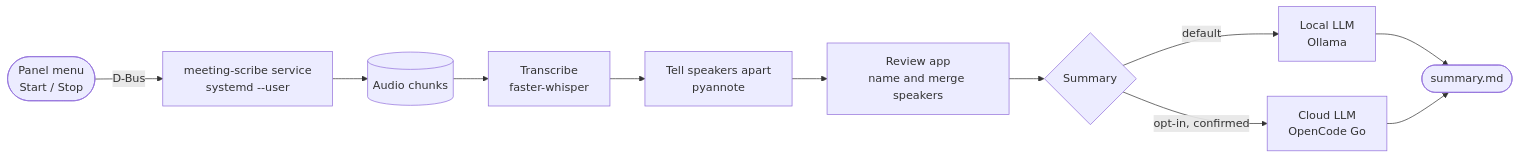
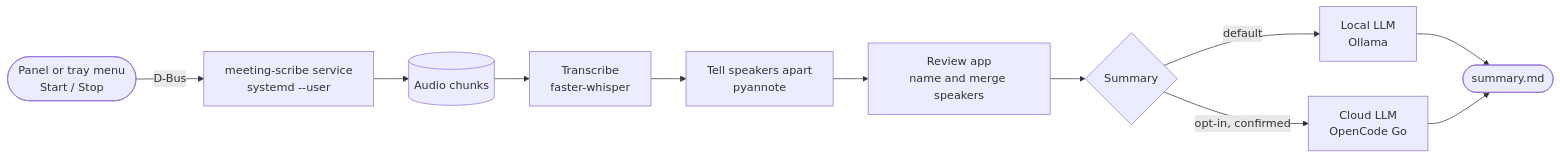
The diagram in README.md (CorsairRom/meeting-scribe), drawn with Mermaid before and after one commit. The commit also changed other lines of this file and 9 other files, not shown here.

Commit message:
docs(tray): add the tray runbook and document the tray in the architecture (#158)

````diff
--- a/README.md
+++ b/README.md
@@ -43,13 +44,13 @@
 ```mermaid
 flowchart LR
-    A([Panel menu<br/>Start / Stop]) -->|D-Bus| B[meeting-scribe service<br/>systemd --user]
+    A([Panel or tray menu<br/>Start / Stop]) -->|D-Bus| B[meeting-scribe service<br/>systemd --user]
     B --> C[(Audio chunks)]
     C --> D[Transcribe<br/>faster-whisper]
     D --> E[Tell speakers apart<br/>pyannote]
     E --> F[Review app<br/>name and merge speakers]
     F --> G{Summary}
     G -->|default| H[Local LLM<br/>Ollama]
     G -->|opt-in, confirmed| I[Cloud LLM<br/>OpenCode Go]
     H --> J([summary.md])
     I --> J
 ```
````
